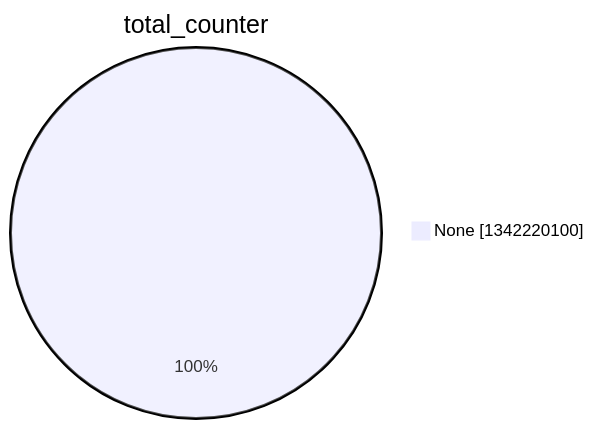
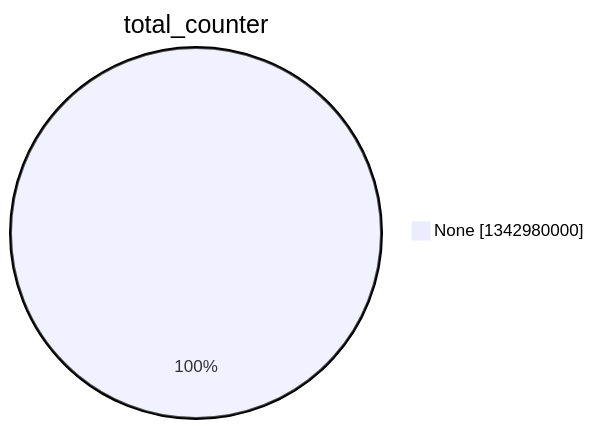
One commit to christiankrug/ctmonitor_visualization changed the second of 15 diagrams in argon2022/README.md. Above: the diagram before and after it, drawn with Mermaid. The commit also changed other lines of this file, not shown here.

````diff
--- a/argon2022/README.md
+++ b/argon2022/README.md
@@ -9,5 +9,5 @@
 ```mermaid
 pie showData
 title total_counter
-"None" :1342220100
+"None" :1342980000
 ```
````
